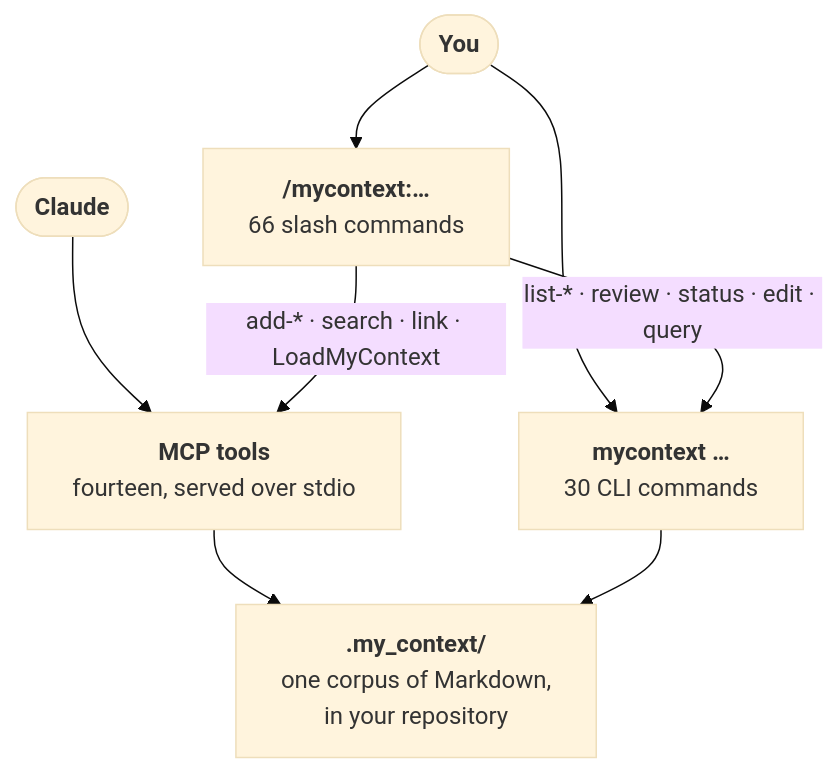
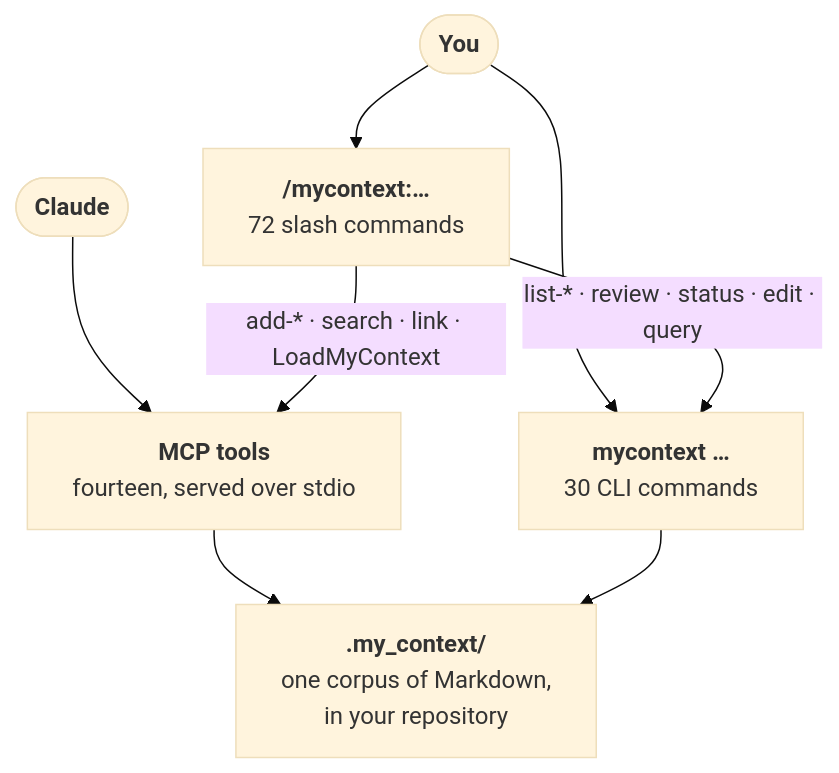
Before and after one commit to Dudi-Bar-On/my-context: the fourth of 5 diagrams in README.md, drawn with Mermaid (base theme). The commit also changed other lines of this file and 18 other files, not shown here.

````diff
--- a/README.md
+++ b/README.md
@@ -1754,10 +1769,10 @@
 ```mermaid
 flowchart TB
-  U(["<b>You</b>"]) --> SL["<b>/mycontext:…</b><br/>66 slash commands"]
+  U(["<b>You</b>"]) --> SL["<b>/mycontext:…</b><br/>72 slash commands"]
   U --> CL["<b>mycontext …</b><br/>30 CLI commands"]
   A(["<b>Claude</b>"]) --> TL["<b>MCP tools</b><br/>fourteen, served over stdio"]
   SL -->|"add-* · search · link · LoadMyContext"| TL
   SL -->|"list-* · review · status · edit · query"| CL
   TL --> CO["<b>.my_context/</b><br/>one corpus of Markdown,<br/>in your repository"]
   CL --> CO
 ```
````
